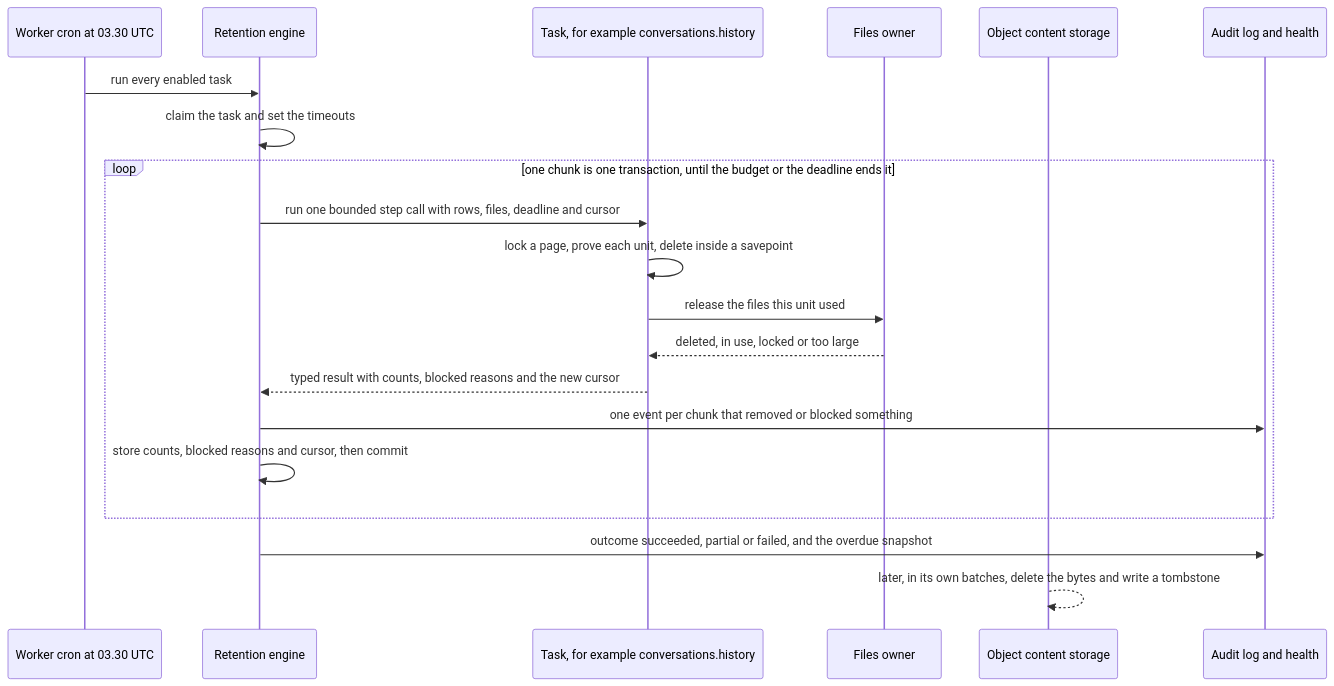
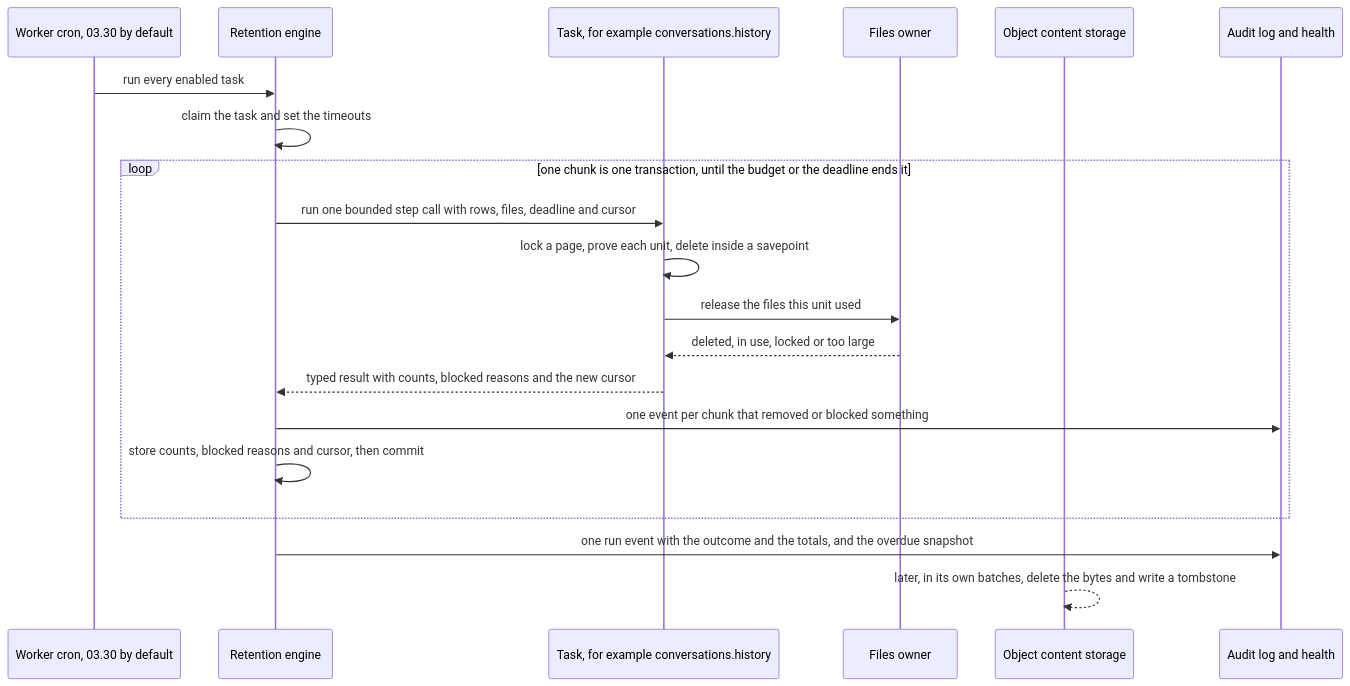
The third of 5 diagrams in docs/adr/retention-engine.md (eneo-ai/eneo), drawn with Mermaid before and after one commit. The commit also changed other lines of this file and 48 other files, not shown here.

````diff
--- a/docs/adr/retention-engine.md
+++ b/docs/adr/retention-engine.md
@@ -171,22 +216,22 @@
 ```mermaid
 sequenceDiagram
-    participant Cron as Worker cron at 03.30 UTC
+    participant Cron as Worker cron, 03.30 by default
     participant Runner as Retention engine
     participant Task as Task, for example conversations.history
     participant Files as Files owner
     participant OC as Object content storage
     participant Audit as Audit log and health
     Cron->>Runner: run every enabled task
     Runner->>Runner: claim the task and set the timeouts
     loop one chunk is one transaction, until the budget or the deadline ends it
         Runner->>Task: run one bounded step call with rows, files, deadline and cursor
         Task->>Task: lock a page, prove each unit, delete inside a savepoint
         Task->>Files: release the files this unit used
         Files-->>Task: deleted, in use, locked or too large
         Task-->>Runner: typed result with counts, blocked reasons and the new cursor
         Runner->>Audit: one event per chunk that removed or blocked something
         Runner->>Runner: store counts, blocked reasons and cursor, then commit
     end
-    Runner->>Audit: outcome succeeded, partial or failed, and the overdue snapshot
+    Runner->>Audit: one run event with the outcome and the totals, and the overdue snapshot
     OC-->>OC: later, in its own batches, delete the bytes and write a tombstone
 ```
````
